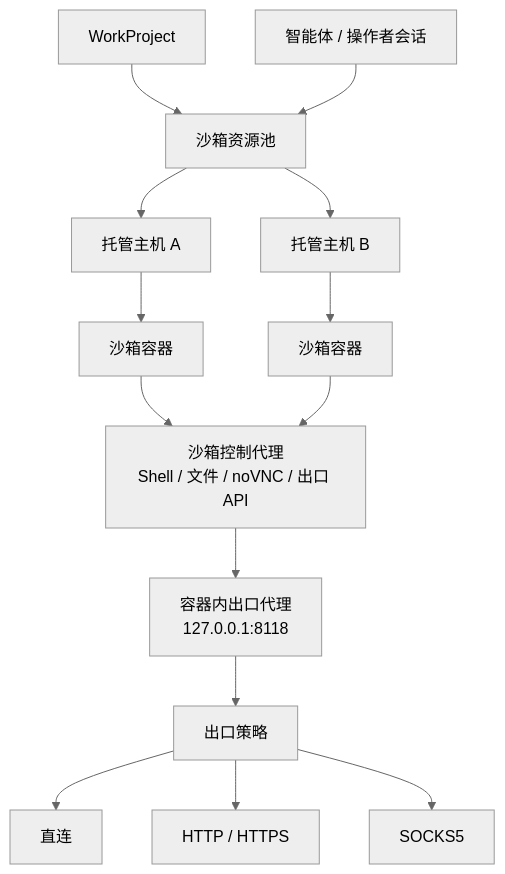
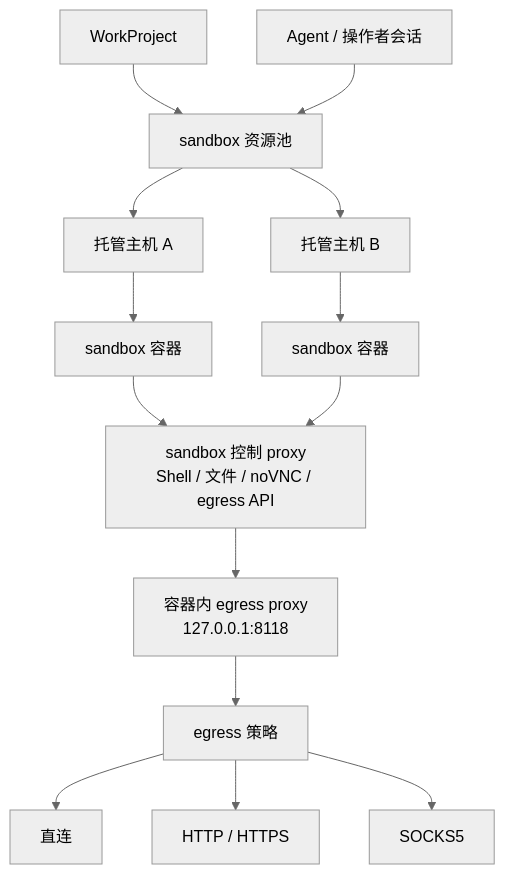
Before and after one commit to MolTau9527/Z3r0: the fourth of 4 diagrams in README_zh.md, drawn with Mermaid (neutral theme). The commit also changed other lines of this file and 99 other files, not shown here.

````diff
--- a/README_zh.md
+++ b/README_zh.md
@@ -172,26 +179,26 @@
 ```mermaid
 flowchart TB
   Project["WorkProject"]
-  Runtime["智能体 / 操作者会话"]
-  Pool["沙箱资源池"]
+  Runtime["Agent / 操作者会话"]
+  Pool["sandbox 资源池"]
   HostA["托管主机 A"]
   HostB["托管主机 B"]
-  ContainerA["沙箱容器"]
-  ContainerB["沙箱容器"]
-  Control["沙箱控制代理<br/>Shell / 文件 / noVNC / 出口 API"]
-  LocalProxy["容器内出口代理<br/>127.0.0.1:8118"]
-  Policy["出口策略"]
+  ContainerA["sandbox 容器"]
+  ContainerB["sandbox 容器"]
+  Control["sandbox 控制 proxy<br/>Shell / 文件 / noVNC / egress API"]
+  LocalProxy["容器内 egress proxy<br/>127.0.0.1:8118"]
+  Policy["egress 策略"]
   Direct["直连"]
   HTTP["HTTP / HTTPS"]
   SOCKS["SOCKS5"]
 
   Project --> Pool
   Runtime --> Pool
   Pool --> HostA --> ContainerA
   Pool --> HostB --> ContainerB
   ContainerA --> Control --> LocalProxy --> Policy
   ContainerB --> Control
   Policy --> Direct
   Policy --> HTTP
   Policy --> SOCKS
 ```
````
